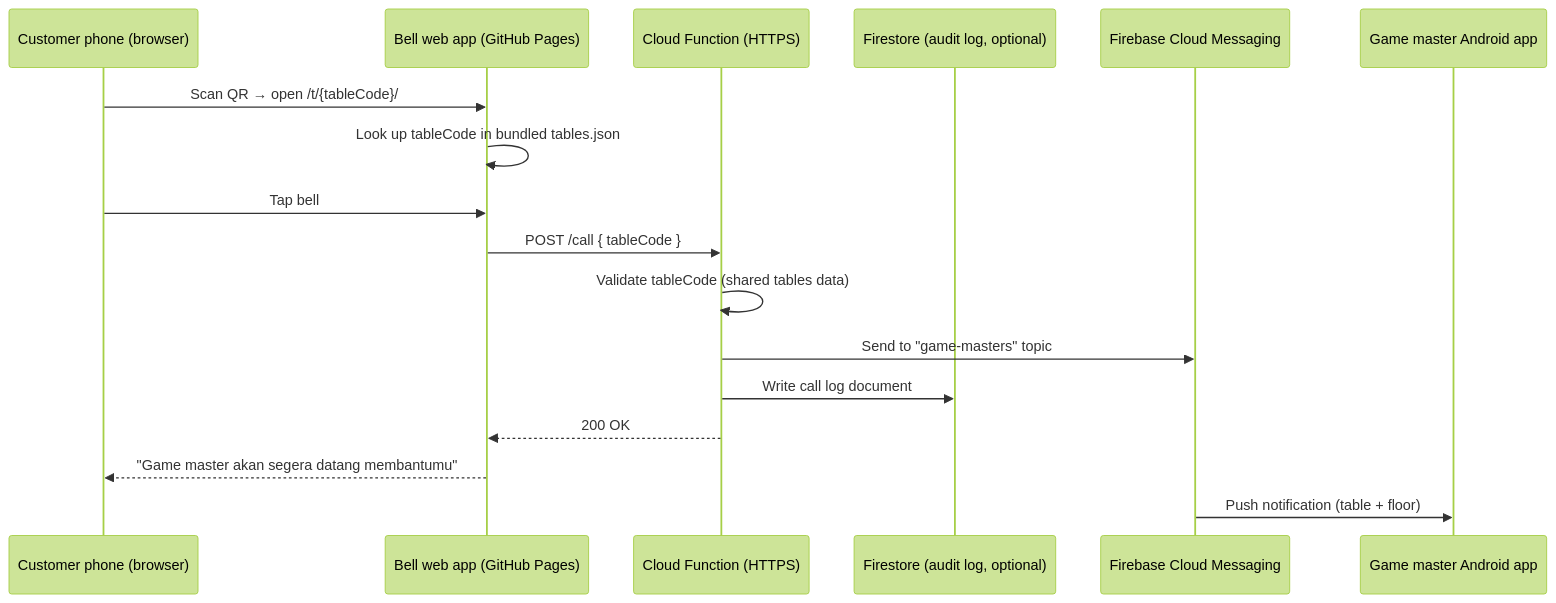
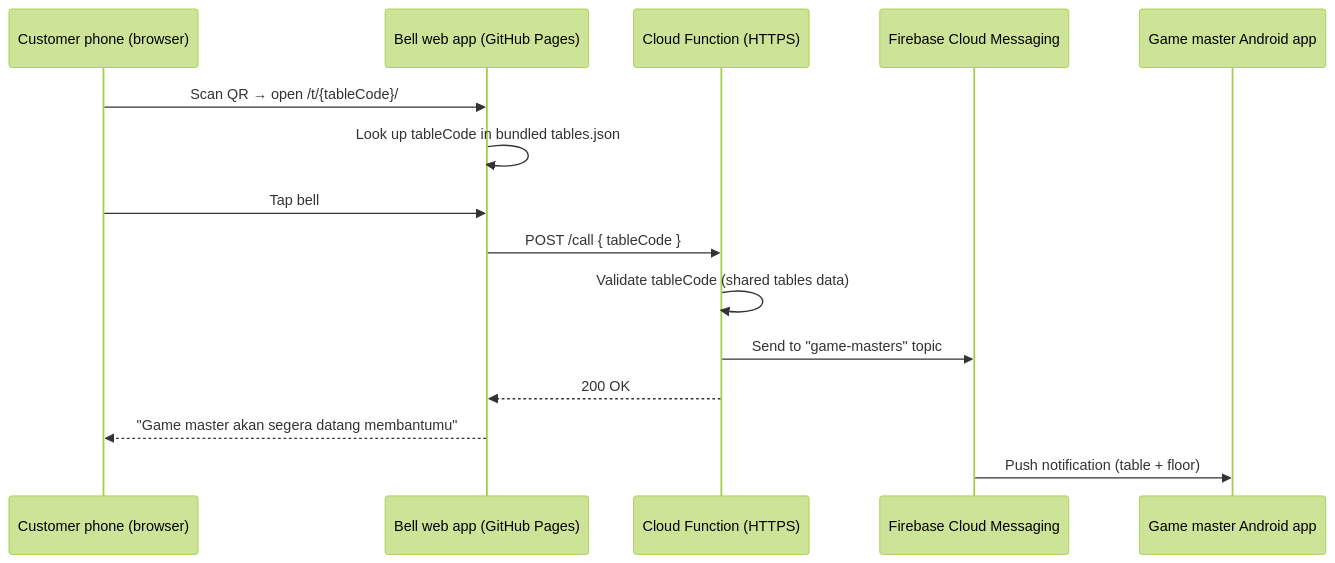
Before and after one commit to gatherloop/game-master-bell: the diagram in docs/PRD.md, drawn with Mermaid (forest theme). The commit also changed other lines of this file, not shown here.

First line of the commit message:
Drop Firestore audit log; rely on Cloud Functions request logs

````diff
--- a/docs/PRD.md
+++ b/docs/PRD.md
@@ -75,20 +75,18 @@
 ```mermaid
 sequenceDiagram
     participant C as Customer phone (browser)
     participant W as Bell web app (GitHub Pages)
     participant FN as Cloud Function (HTTPS)
-    participant FS as Firestore (audit log, optional)
     participant FCM as Firebase Cloud Messaging
     participant G as Game master Android app
 
     C->>W: Scan QR → open /t/{tableCode}/
     W->>W: Look up tableCode in bundled tables.json
     C->>W: Tap bell
     W->>FN: POST /call { tableCode }
     FN->>FN: Validate tableCode (shared tables data)
     FN->>FCM: Send to "game-masters" topic
-    FN->>FS: Write call log document
     FN-->>W: 200 OK
     W-->>C: "Game master akan segera datang membantumu"
     FCM->>G: Push notification (table + floor)
 ```
````
